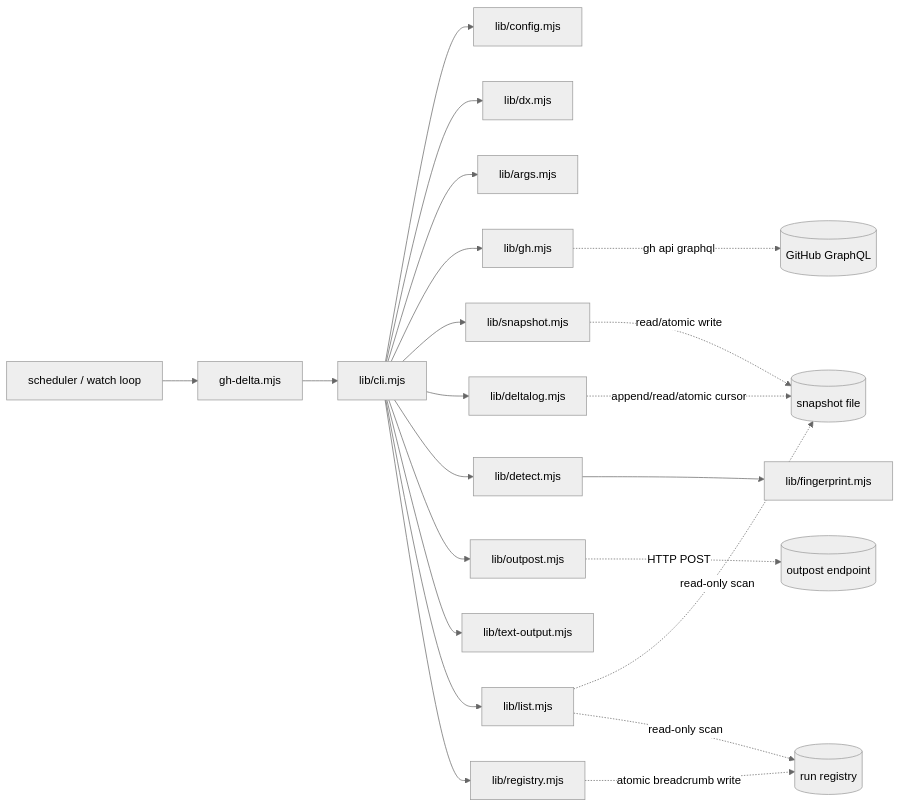
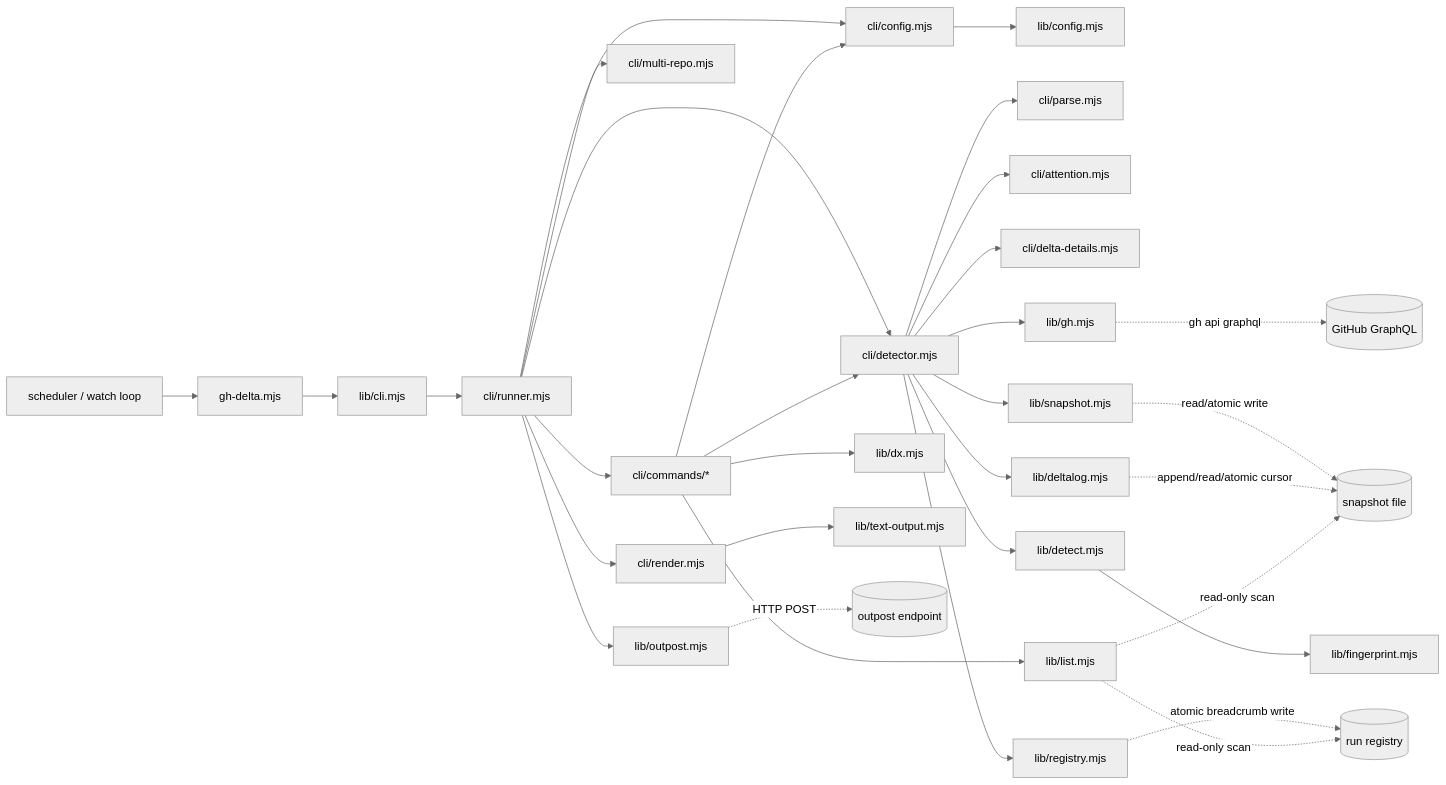
The first of 3 diagrams in docs/architecture.md (diegomarino/gh-delta), drawn with Mermaid (neutral theme) before and after one commit. The commit also changed other lines of this file and 29 other files, not shown here.

````diff
--- a/docs/architecture.md
+++ b/docs/architecture.md
@@ -25,23 +25,33 @@
 ```mermaid
 flowchart LR
     Sched[scheduler / watch loop] --> Bin[gh-delta.mjs]
     Bin --> CLI[lib/cli.mjs]
-    CLI --> Config[lib/config.mjs]
-    CLI --> DX[lib/dx.mjs]
-    CLI --> Args[lib/args.mjs]
-    CLI --> GH[lib/gh.mjs]
-    CLI --> Snap[lib/snapshot.mjs]
-    CLI --> Log[lib/deltalog.mjs]
-    CLI --> Det[lib/detect.mjs] --> FP[lib/fingerprint.mjs]
-    CLI --> Out[lib/outpost.mjs]
-    CLI --> Txt[lib/text-output.mjs]
-    CLI --> Lst[lib/list.mjs]
-    CLI --> Reg[lib/registry.mjs]
+    CLI --> Run[cli/runner.mjs]
+    Run --> Commands[cli/commands/*]
+    Run --> Tick[cli/detector.mjs]
+    Run --> Multi[cli/multi-repo.mjs]
+    Run --> Render[cli/render.mjs]
+    Run --> Out[lib/outpost.mjs]
+    Run --> Config[cli/config.mjs]
+    Commands --> Config
+    Commands --> DX[lib/dx.mjs]
+    Commands --> Tick
+    Config --> ConfigCore[lib/config.mjs]
+    Tick --> Parse[cli/parse.mjs]
+    Tick --> Attention[cli/attention.mjs]
+    Tick --> Details[cli/delta-details.mjs]
+    Tick --> GH[lib/gh.mjs]
+    Tick --> Snap[lib/snapshot.mjs]
+    Tick --> Log[lib/deltalog.mjs]
+    Tick --> Det[lib/detect.mjs] --> FP[lib/fingerprint.mjs]
+    Tick --> Reg[lib/registry.mjs]
+    Render --> Txt[lib/text-output.mjs]
+    Commands --> Lst[lib/list.mjs]
     GH -. gh api graphql .-> GitHub[(GitHub GraphQL)]
     Out -. HTTP POST .-> Endpoint[(outpost endpoint)]
     Snap -. read/atomic write .-> FS[(snapshot file)]
     Log -. append/read/atomic cursor .-> FS
     Reg -. atomic breadcrumb write .-> RegFS[(run registry)]
     Lst -. read-only scan .-> FS
     Lst -. read-only scan .-> RegFS
 ```
````
